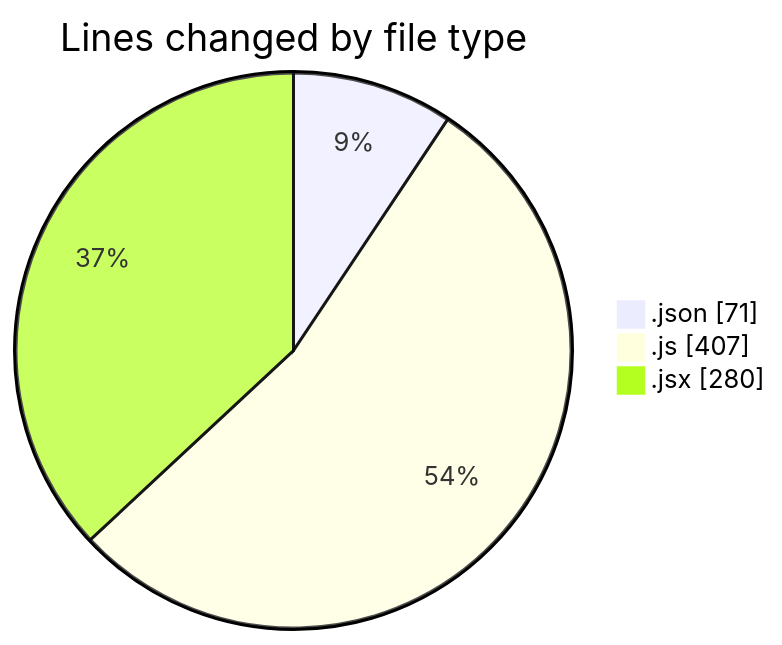
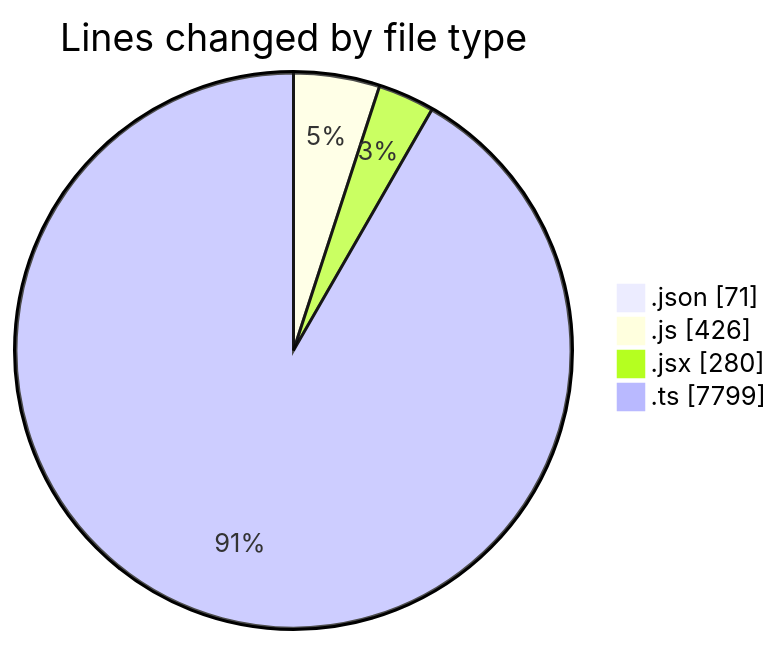
The first of 2 diagrams in 2025-05-13/cda/README.md (momahboobian/code-tracking), drawn with Mermaid before and after one commit. The commit also changed other lines of this file and 1 other file, not shown here.

````diff
--- a/2025-05-13/cda/README.md
+++ b/2025-05-13/cda/README.md
@@ -24,7 +26,8 @@
 ```mermaid
 pie showData
 title Lines changed by file type
 ".json" : 71
-".js" : 407
+".js" : 426
 ".jsx" : 280
+".ts" : 7799
 ```
````
